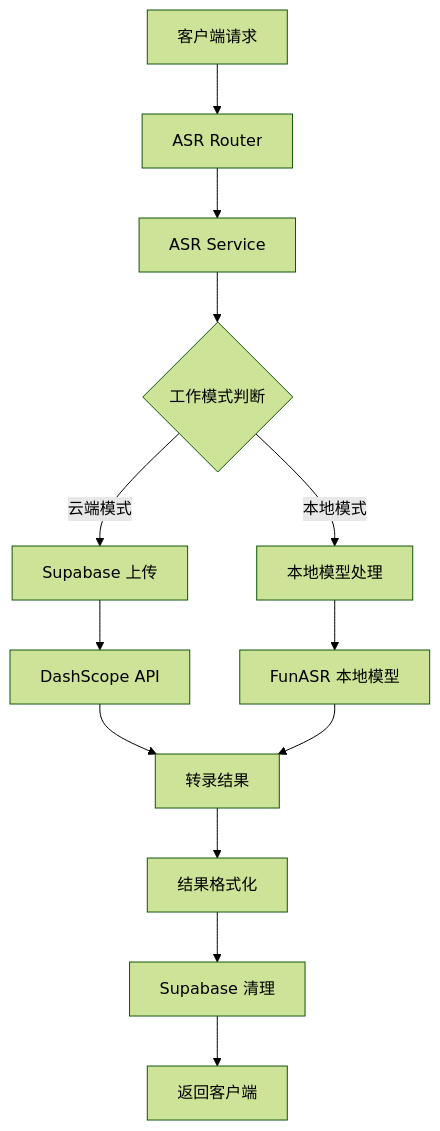
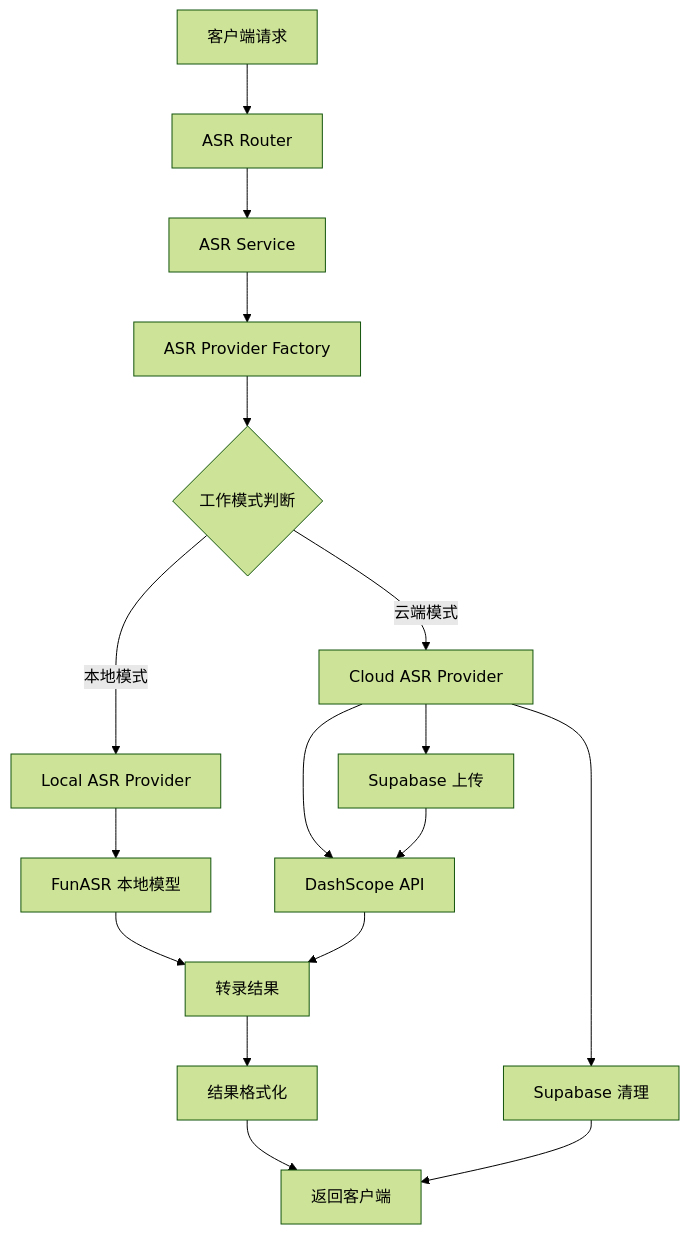
Before and after one commit to li-xiu-qi/HearSight: the first of 3 diagrams in ASRBackend/services/docs/ASR服务架构设计文档.md, drawn with Mermaid (forest theme). The commit also changed other lines of this file and 124 other files, not shown here.

````diff
--- a/ASRBackend/services/docs/ASR服务架构设计文档.md
+++ b/ASRBackend/services/docs/ASR服务架构设计文档.md
@@ -27,19 +31,25 @@
 ```mermaid
 graph TB
     A[客户端请求] --> B[ASR Router]
     B --> C[ASR Service]
 
-    C --> D{工作模式判断}
-    D -->|本地模式| E[本地模型处理]
-    D -->|云端模式| F[Supabase 上传]
+    C --> D[ASR Provider Factory]
+    D --> E{工作模式判断}
+    E -->|本地模式| F[Local ASR Provider]
+    E -->|云端模式| G[Cloud ASR Provider]
 
-    F --> G[DashScope API]
-    E --> H[FunASR 本地模型]
+    F --> H[FunASR 本地模型]
+    G --> I[DashScope API]
 
-    G --> I[转录结果]
-    H --> I
+    G --> J[Supabase 上传]
+    J --> I
 
-    I --> J[结果格式化]
-    J --> K[Supabase 清理]
-    K --> L[返回客户端]
+    H --> K[转录结果]
+    I --> K
+
+    K --> L[结果格式化]
+    L --> M[返回客户端]
+    
+    G --> N[Supabase 清理]
+    N --> M
 ```
````
